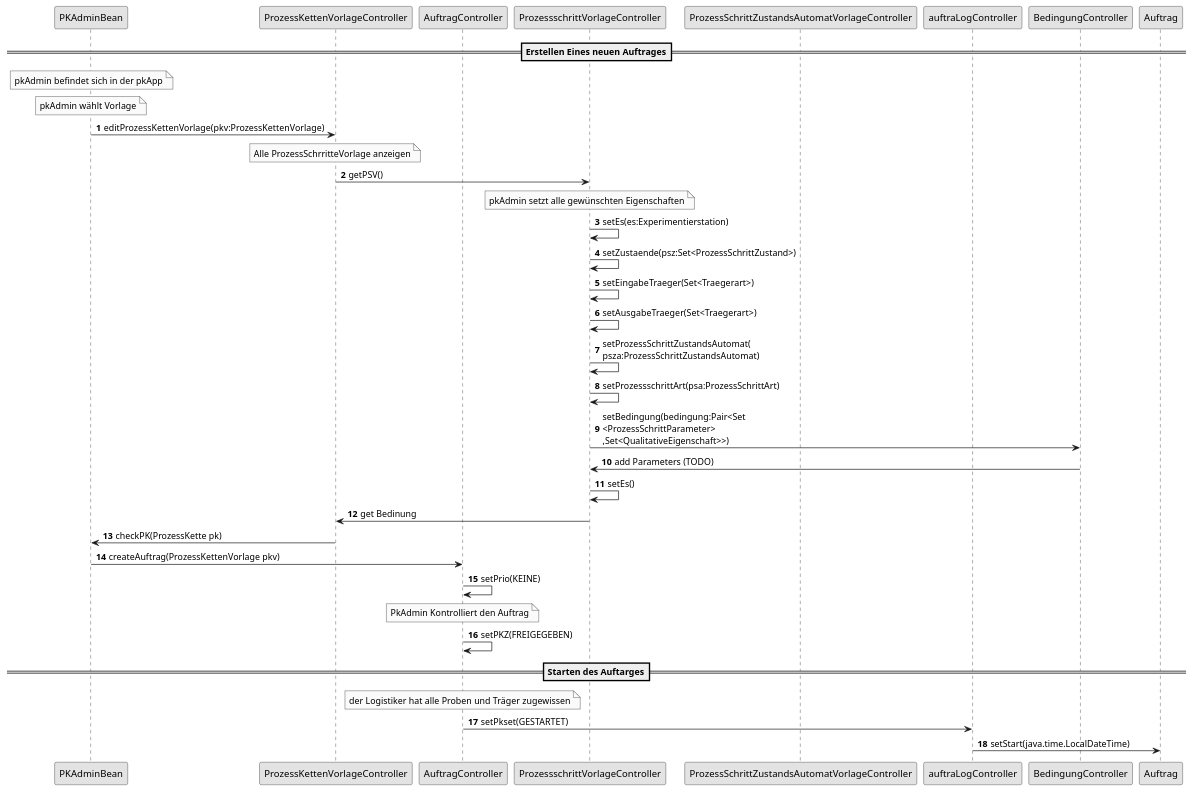
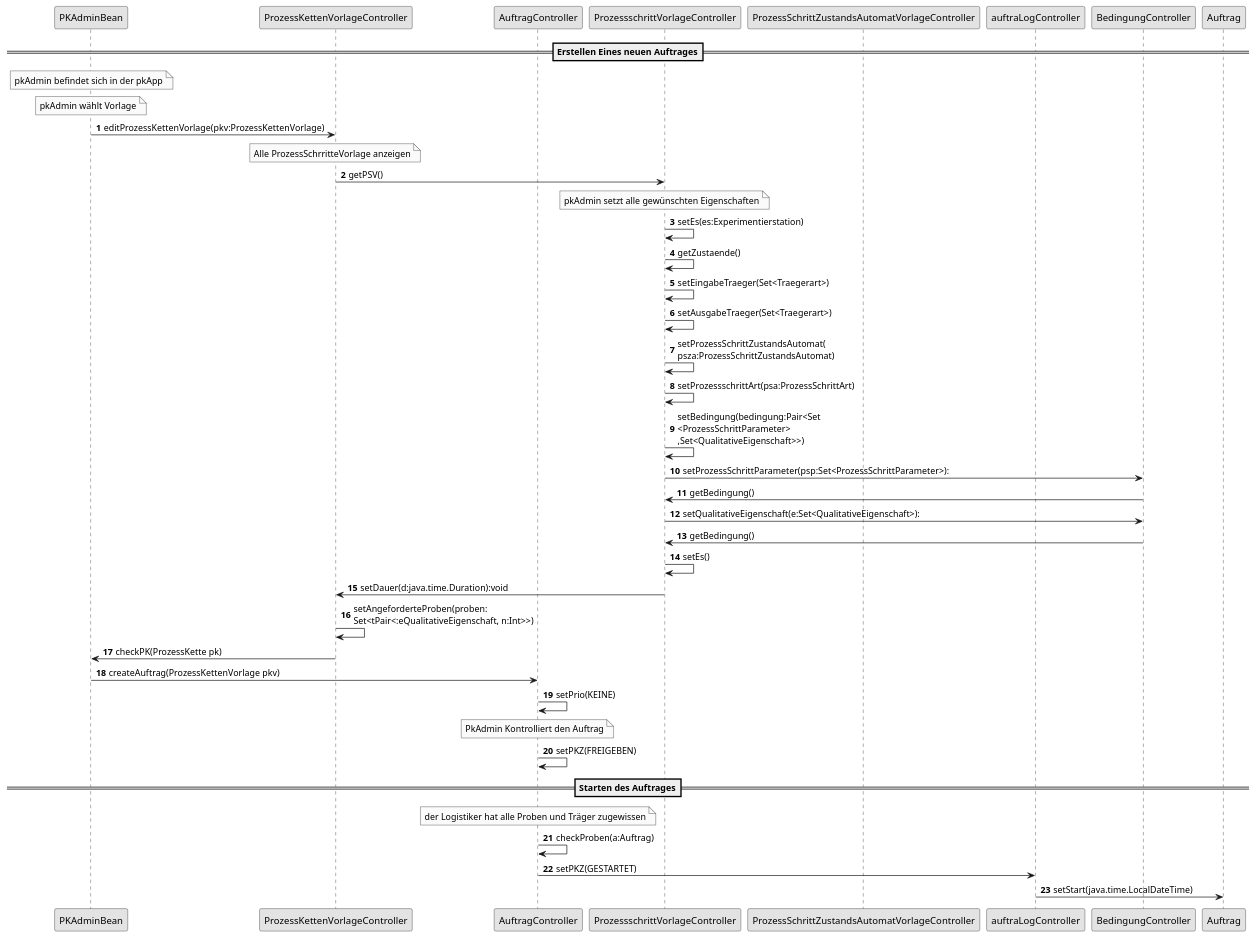
Before and after one commit to fkehlenb/softwareprojekt-2: the fourth of 10 diagrams in doc/UML/plantuml.org, drawn with PlantUML. The commit also changed other lines of this file and 3 other files, not shown here.

```diff
--- a/doc/UML/plantuml.org
+++ b/doc/UML/plantuml.org
@@ -65,42 +65,47 @@
 #+BEGIN_SRC plantuml :file aw/pkErstellen.png
 autonumber
 skinparam monochrome true
 
 
 participant "PKAdminBean" as pkaB
 participant "ProzessKettenVorlageController" as pkv
 participant "AuftragController" as auftrag
 participant "ProzessschrittVorlageController" as psv
 participant "ProzessSchrittZustandsAutomatVorlageController" as psza
 participant "auftraLogController" as aLog
 participant "BedingungController" as b
 
-  ==Erstellen Eines neuen Auftrages== 
+  ==Erstellen Eines neuen Auftrages==
 note over pkaB : pkAdmin befindet sich in der pkApp
 note over pkaB: pkAdmin wählt Vorlage
 pkaB -> pkv : editProzessKettenVorlage(pkv:ProzessKettenVorlage)
 note over pkv : Alle ProzessSchrritteVorlage anzeigen
 pkv -> psv : getPSV()
 note over psv : pkAdmin setzt alle gewünschten Eigenschaften
 psv -> psv : setEs(es:Experimentierstation)
-psv -> psv : setZustaende(psz:Set<ProzessSchrittZustand>)
+psv -> psv : getZustaende()
 psv -> psv :  setEingabeTraeger(Set<Traegerart>)
 psv -> psv : setAusgabeTraeger(Set<Traegerart>)
 psv -> psv : setProzessSchrittZustandsAutomat(\npsza:ProzessSchrittZustandsAutomat)
 psv -> psv :  setProzessschrittArt(psa:ProzessSchrittArt)
-psv -> b :   setBedingung(bedingung:Pair<Set\n<ProzessSchrittParameter>\n,Set<QualitativeEigenschaft>>)
-b -> psv : add Parameters (TODO)
+psv -> psv :   setBedingung(bedingung:Pair<Set\n<ProzessSchrittParameter>\n,Set<QualitativeEigenschaft>>)
+psv -> b :  setProzessSchrittParameter(psp:Set<ProzessSchrittParameter>):
+psv <- b : getBedingung()
+psv -> b: setQualitativeEigenschaft(e:Set<QualitativeEigenschaft>):
+psv <- b: getBedingung()
 psv -> psv : setEs()
-psv -> pkv : get Bedinung
+psv -> pkv : setDauer(d:java.time.Duration):void
+pkv -> pkv: setAngeforderteProben(proben:\nSet<tPair<:eQualitativeEigenschaft, n:Int>>)
 pkv -> pkaB : checkPK(ProzessKette pk)
 pkaB -> auftrag : createAuftrag(ProzessKettenVorlage pkv)
 auftrag -> auftrag : setPrio(KEINE)
-note over auftrag : PkAdmin Kontrolliert den Auftrag 
-auftrag -> auftrag : setPKZ(FREIGEGEBEN)
-==Starten des Auftarges== 
-note over auftrag : der Logistiker hat alle Proben und Träger zugewissen   
-auftrag -> aLog : setPkset(GESTARTET)
+note over auftrag : PkAdmin Kontrolliert den Auftrag
+auftrag -> auftrag : setPKZ(FREIGEBEN)
+==Starten des Auftrages==
+note over auftrag : der Logistiker hat alle Proben und Träger zugewissen
+auftrag -> auftrag: checkProben(a:Auftrag)
+auftrag -> aLog : setPKZ(GESTARTET)
 aLog -> Auftrag : setStart(java.time.LocalDateTime)
 
 
 #+END_SRC
```
